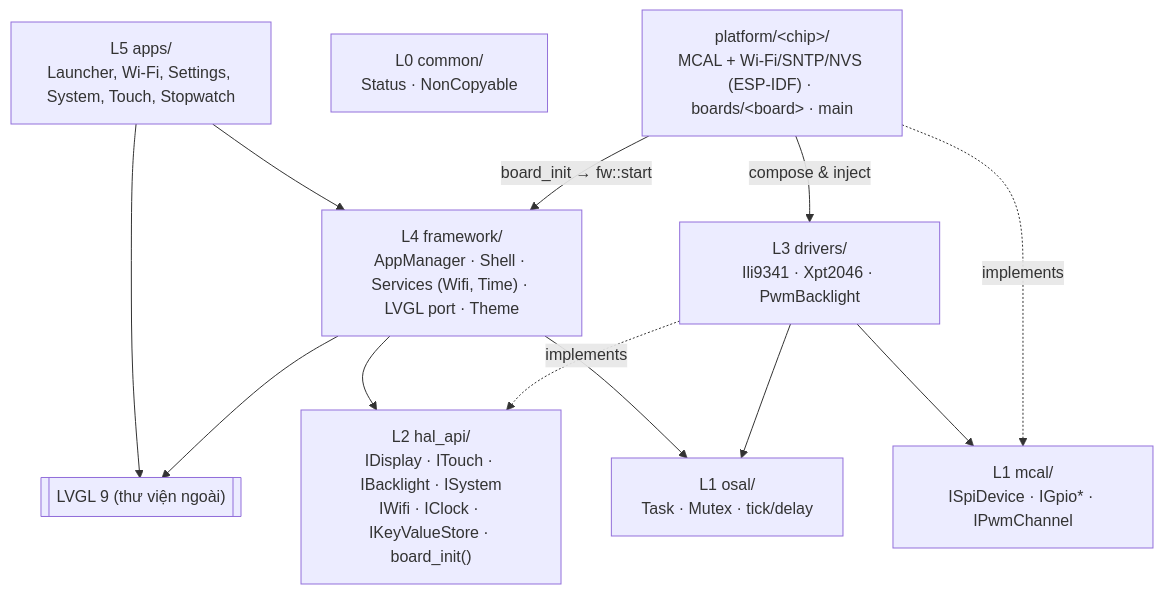
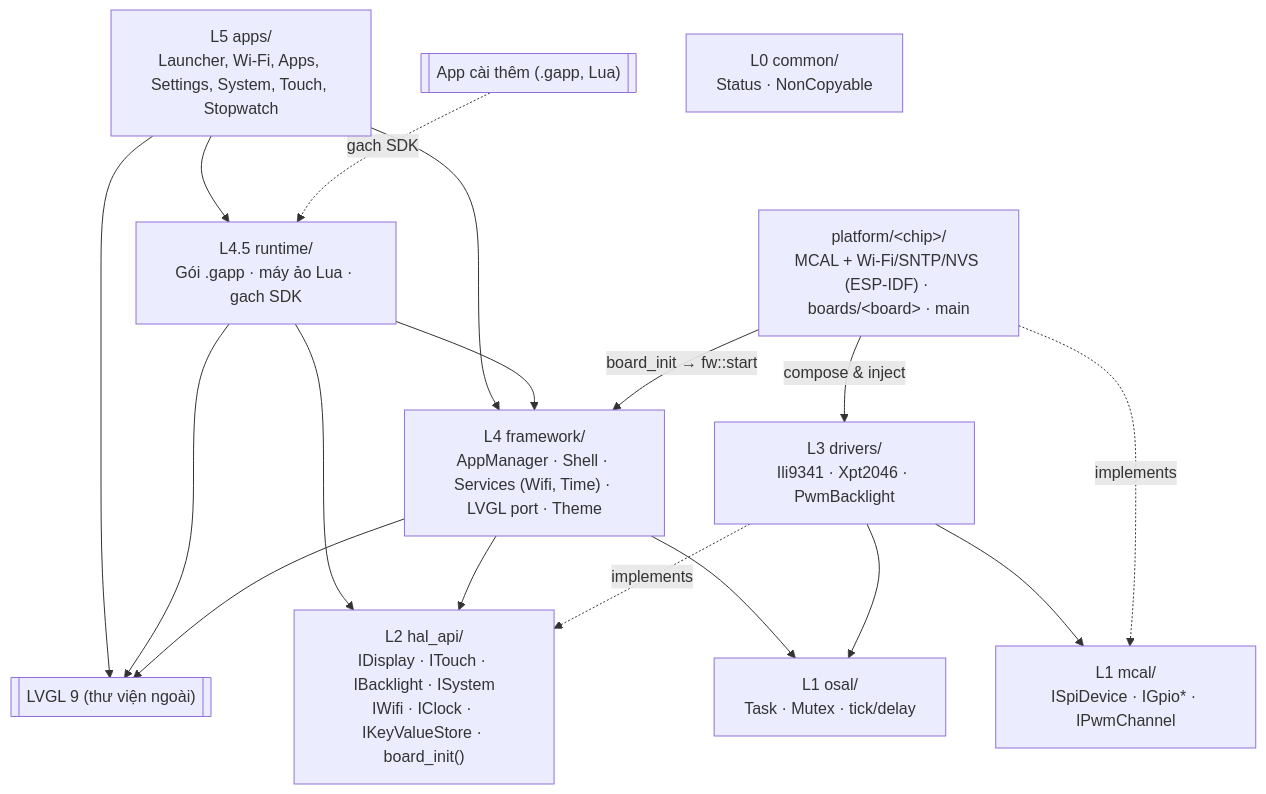
The diagram in docs/architecture.md (tranthanh1699/gach-os), drawn with Mermaid before and after one commit. The commit also changed other lines of this file and 115 other files, not shown here.

First line of the commit message:
feat(runtime): add installable lua apps (.gapp) with gach sdk v1

````diff
--- a/docs/architecture.md
+++ b/docs/architecture.md
@@ -5,24 +5,31 @@
 ```mermaid
 flowchart TD
-    APPS["L5 apps/<br/>Launcher, Wi-Fi, Settings, System, Touch, Stopwatch"]
+    APPS["L5 apps/<br/>Launcher, Wi-Fi, Apps, Settings, System, Touch, Stopwatch"]
+    RT["L4.5 runtime/<br/>Gói .gapp · máy ảo Lua · gach SDK"]
+    GAPP[["App cài thêm (.gapp, Lua)"]]
     FW["L4 framework/<br/>AppManager · Shell · Services (Wifi, Time) · LVGL port · Theme"]
     LVGL[["LVGL 9 (thư viện ngoài)"]]
     HAL["L2 hal_api/<br/>IDisplay · ITouch · IBacklight · ISystem<br/>IWifi · IClock · IKeyValueStore · board_init()"]
     DRV["L3 drivers/<br/>Ili9341 · Xpt2046 · PwmBacklight"]
     MCAL["L1 mcal/<br/>ISpiDevice · IGpio* · IPwmChannel"]
     OSAL["L1 osal/<br/>Task · Mutex · tick/delay"]
     COMMON["L0 common/<br/>Status · NonCopyable"]
     PLAT["platform/&lt;chip&gt;/<br/>MCAL + Wi-Fi/SNTP/NVS (ESP-IDF) · boards/&lt;board&gt; · main"]
 
     APPS --> FW
+    APPS --> RT
     APPS --> LVGL
+    GAPP -. gach SDK .-> RT
+    RT --> FW
+    RT --> HAL
+    RT --> LVGL
     FW --> LVGL
     FW --> HAL
     FW --> OSAL
     DRV -. implements .-> HAL
     DRV --> MCAL
     DRV --> OSAL
     PLAT -. implements .-> MCAL
     PLAT -->|compose & inject| DRV
     PLAT -->|board_init → fw::start| FW
 ```
````
